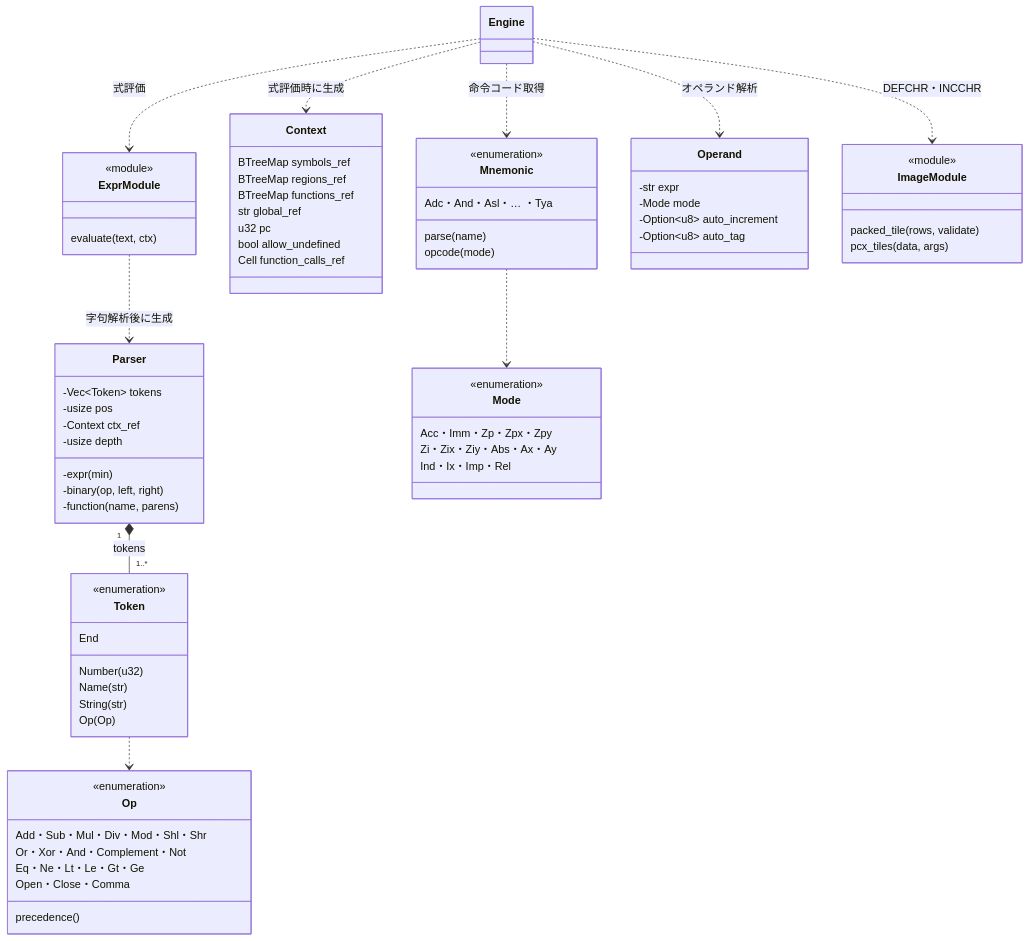
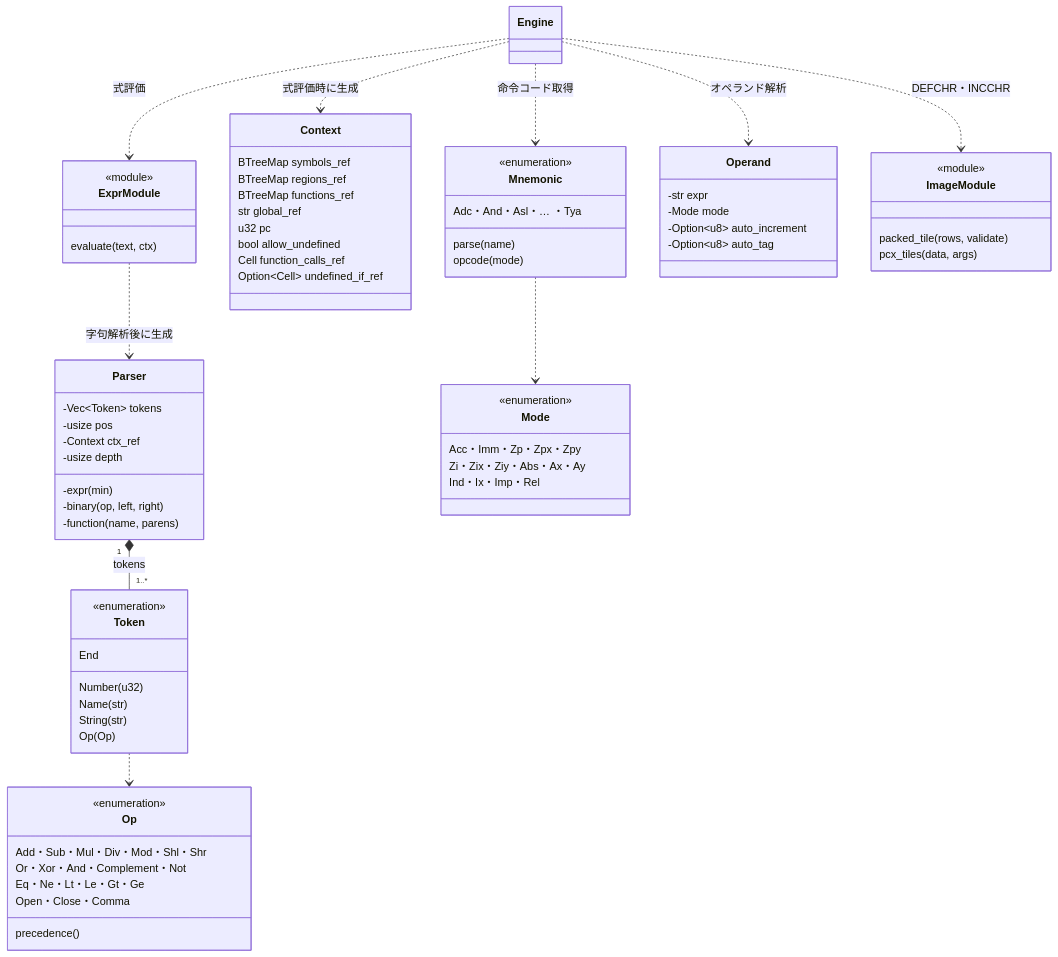
Before and after one commit to rock5easily/NesAsmRs: the fourth of 6 diagrams in docs/rust-uml.md, drawn with Mermaid. The commit also changed other lines of this file and 17 other files, not shown here.

````diff
--- a/docs/rust-uml.md
+++ b/docs/rust-uml.md
@@ -395,74 +397,75 @@
 ```mermaid
 classDiagram
     class Engine
     class ExprModule {
         <<module>>
         evaluate(text, ctx)
     }
     class Context {
         BTreeMap symbols_ref
         BTreeMap regions_ref
         BTreeMap functions_ref
         str global_ref
         u32 pc
         bool allow_undefined
         Cell function_calls_ref
+        Option~Cell~ undefined_if_ref
     }
     class Parser {
         -Vec~Token~ tokens
         -usize pos
         -Context ctx_ref
         -usize depth
         -expr(min)
         -binary(op, left, right)
         -function(name, parens)
     }
     class Token {
         <<enumeration>>
         Number(u32)
         Name(str)
         String(str)
         Op(Op)
         End
     }
     class Op {
         <<enumeration>>
         Add・Sub・Mul・Div・Mod・Shl・Shr
         Or・Xor・And・Complement・Not
         Eq・Ne・Lt・Le・Gt・Ge
         Open・Close・Comma
         precedence()
     }
     class Mnemonic {
         <<enumeration>>
         Adc・And・Asl・… ・Tya
         parse(name)
         opcode(mode)
     }
     class Mode {
         <<enumeration>>
         Acc・Imm・Zp・Zpx・Zpy
         Zi・Zix・Ziy・Abs・Ax・Ay
         Ind・Ix・Imp・Rel
     }
     class Operand {
         -str expr
         -Mode mode
         -Option~u8~ auto_increment
         -Option~u8~ auto_tag
     }
     class ImageModule {
         <<module>>
         packed_tile(rows, validate)
         pcx_tiles(data, args)
     }
     Engine ..> Context : 式評価時に生成
     Engine ..> ExprModule : 式評価
     ExprModule ..> Parser : 字句解析後に生成
     Parser "1" *-- "1..*" Token : tokens
     Token ..> Op
     Engine ..> Operand : オペランド解析
     Engine ..> Mnemonic : 命令コード取得
     Mnemonic ..> Mode
     Engine ..> ImageModule : DEFCHR・INCCHR
 ```
````
